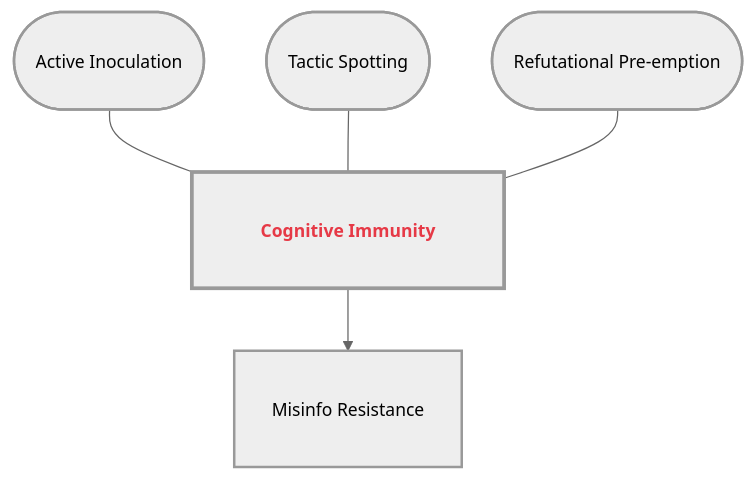
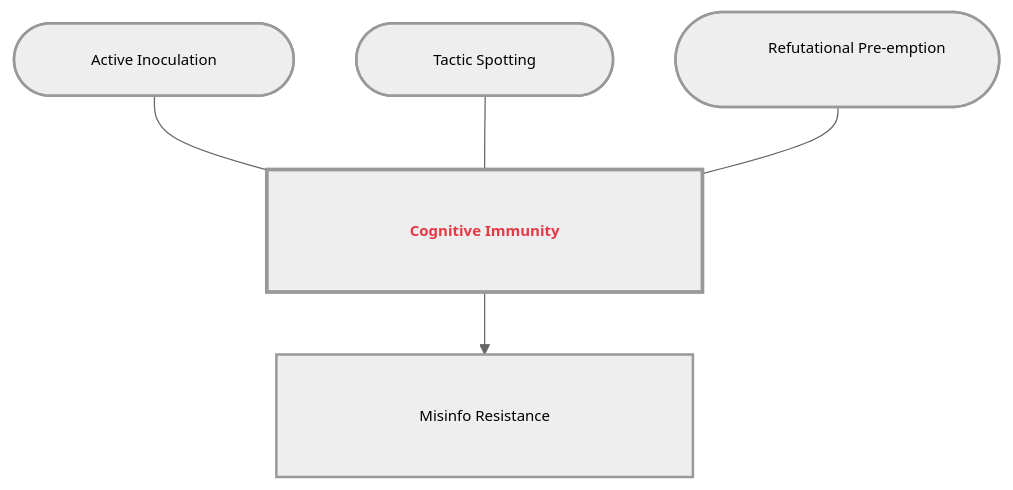
The eighth of 8 diagrams in Communication_Influence/Mastery_Guide_SOW_BS033.md (GM024/CourseSummaries), drawn with Mermaid before and after one commit. The commit also changed other lines of this file, not shown here.

Commit message:
GitHub-Hardened Overhaul: 10-space horizontal buffers and 40px global padding to fix text clipping

````diff
--- a/Communication_Influence/Mastery_Guide_SOW_BS033.md
+++ b/Communication_Influence/Mastery_Guide_SOW_BS033.md
@@ -269,14 +253,14 @@
 ```mermaid
-%%{init: { 'flowchart': { 'useMaxWidth': false, 'htmlLabels': true }, 'theme': 'neutral', 'themeVariables': { 'fontSize': '14px' }}}%%
+%%{init: { 'flowchart': { 'padding': 40, 'useMaxWidth': false, 'htmlLabels': true }, 'theme': 'neutral', 'themeVariables': { 'fontSize': '12px' }}}%%
 graph TD
-    classDef sandbox padding-left:20px,padding-right:20px,padding-top:10px,padding-bottom:10px,stroke-width:2px;
-    classDef hub padding-left:25px,padding-right:25px,padding-top:15px,padding-bottom:15px,stroke-width:3px,font-weight:bold;
+    classDef sandbox stroke-width:2px;
+    classDef hub stroke-width:3px,font-weight:bold;
 
-    Hub["<span style='color:#e63946'><b>Cognitive Immunity</b></span>"]:::hub
+    Hub["&nbsp;&nbsp;&nbsp;&nbsp;&nbsp;&nbsp;&nbsp;&nbsp;&nbsp;&nbsp; <span style='color:#e63946'><b>Cognitive Immunity</b></span> &nbsp;&nbsp;&nbsp;&nbsp;&nbsp;&nbsp;&nbsp;&nbsp;&nbsp;&nbsp;"]:::hub
     
-    S1(["Active Inoculation"]):::sandbox --- Hub
-    S2(["Tactic Spotting"]):::sandbox --- Hub
-    S3(["Refutational Pre-emption"]):::sandbox --- Hub
+    S1(["&nbsp;&nbsp;&nbsp;&nbsp;&nbsp;&nbsp;&nbsp;&nbsp;&nbsp;&nbsp; Active Inoculation &nbsp;&nbsp;&nbsp;&nbsp;&nbsp;&nbsp;&nbsp;&nbsp;&nbsp;&nbsp;"]):::sandbox --- Hub
+    S2(["&nbsp;&nbsp;&nbsp;&nbsp;&nbsp;&nbsp;&nbsp;&nbsp;&nbsp;&nbsp; Tactic Spotting &nbsp;&nbsp;&nbsp;&nbsp;&nbsp;&nbsp;&nbsp;&nbsp;&nbsp;&nbsp;"]):::sandbox --- Hub
+    S3(["&nbsp;&nbsp;&nbsp;&nbsp;&nbsp;&nbsp;&nbsp;&nbsp;&nbsp;&nbsp; Refutational Pre-emption &nbsp;&nbsp;&nbsp;&nbsp;&nbsp;&nbsp;&nbsp;&nbsp;&nbsp;&nbsp;"]):::sandbox --- Hub
     
-    Hub --> B1["Misinfo Resistance"]:::sandbox
+    Hub --> B1["&nbsp;&nbsp;&nbsp;&nbsp;&nbsp;&nbsp;&nbsp;&nbsp;&nbsp;&nbsp; Misinfo Resistance &nbsp;&nbsp;&nbsp;&nbsp;&nbsp;&nbsp;&nbsp;&nbsp;&nbsp;&nbsp;"]:::sandbox
 ```
````
